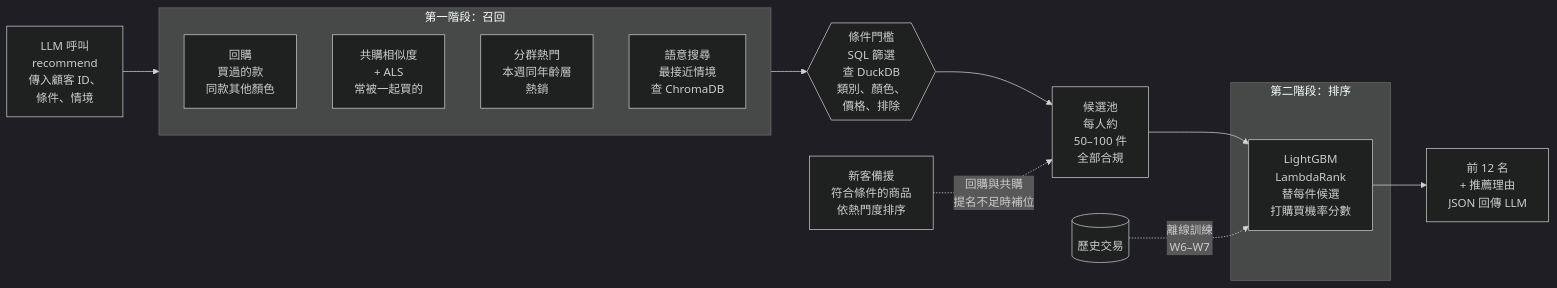
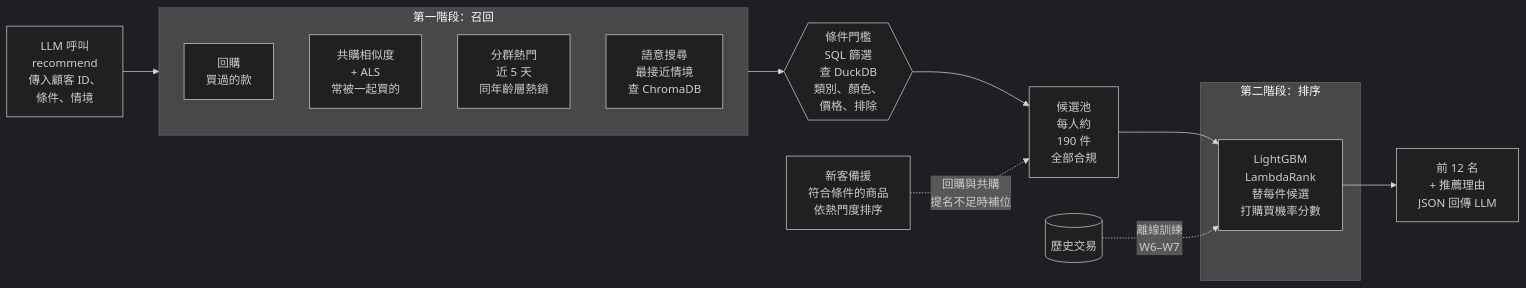
The second of 2 diagrams in H&M 對話式推薦系統執行提案.md (ChiaChunHung/hm-conversational-recommender), drawn with Mermaid (dark theme) before and after one commit. The commit also changed other lines of this file and 1 other file, not shown here.

````diff
--- a/H&M 對話式推薦系統執行提案.md
+++ b/H&M 對話式推薦系統執行提案.md
@@ -207,26 +207,26 @@
 ```mermaid
 flowchart LR
     REQ["LLM 呼叫<br/>recommend<br/>傳入顧客 ID、<br/>條件、情境"]
     subgraph S1 ["第一階段：召回"]
         direction TB
-        R1["回購<br/>買過的款<br/>同款其他顏色"]
+        R1["回購<br/>買過的款"]
         R2["共購相似度<br/>+ ALS<br/>常被一起買的"]
-        R3["分群熱門<br/>本週同年齡層<br/>熱銷"]
+        R3["分群熱門<br/>近 5 天<br/>同年齡層熱銷"]
         R4["語意搜尋<br/>最接近情境<br/>查 ChromaDB"]
     end
     G{{"條件門檻<br/>SQL 篩選<br/>查 DuckDB<br/>類別、顏色、<br/>價格、排除"}}
     NEW["新客備援<br/>符合條件的商品<br/>依熱門度排序"]
-    P["候選池<br/>每人約<br/>50–100 件<br/>全部合規"]
+    P["候選池<br/>每人約<br/>190 件<br/>全部合規"]
     subgraph S2 ["第二階段：排序"]
         LGB["LightGBM<br/>LambdaRank<br/>替每件候選<br/>打購買機率分數"]
     end
     RES["前 12 名<br/>+ 推薦理由<br/>JSON 回傳 LLM"]
     TR[("歷史交易")]
     REQ --> S1
     S1 --> G
     G --> P
     NEW -.->|"回購與共購<br/>提名不足時補位"| P
     P --> LGB
     LGB --> RES
     TR -.->|"離線訓練<br/>W6–W7"| LGB
 ```
````
